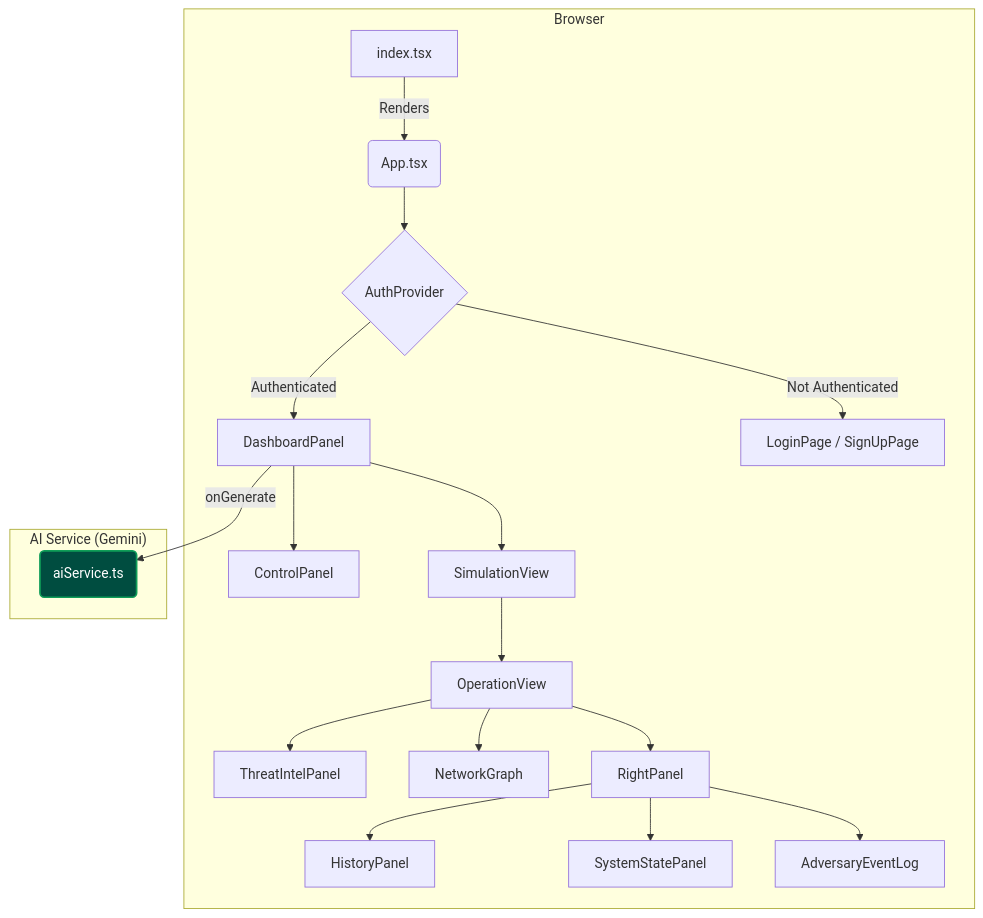
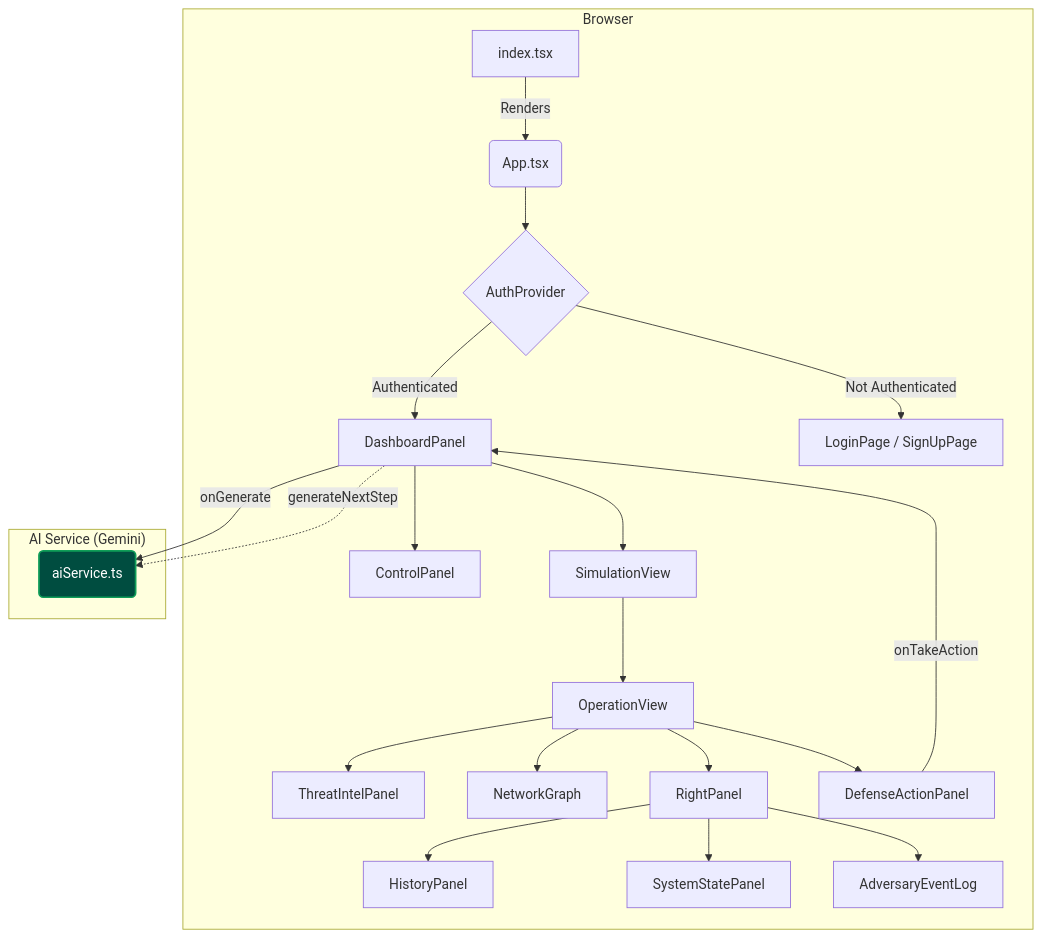
Before and after one commit to ritvikindupuri/AD-AttackSim: the diagram in TECHNICAL_DOCUMENTATION.md, drawn with Mermaid. The commit also changed other lines of this file and 10 other files, not shown here.

````diff
--- a/TECHNICAL_DOCUMENTATION.md
+++ b/TECHNICAL_DOCUMENTATION.md
@@ -17,31 +17,35 @@
 ```mermaid
 graph TD
     subgraph Browser
         A[index.tsx] -->|Renders| B(App.tsx);
         B --> C{AuthProvider};
         C -->|Authenticated| D[DashboardPanel];
         C -->|Not Authenticated| E[LoginPage / SignUpPage];
 
         D --> F[ControlPanel];
         D --> G[SimulationView];
         
         G --> H[OperationView];
 
         H --> I[ThreatIntelPanel];
         H --> J[NetworkGraph];
         H --> K[RightPanel];
+        H --> Z[DefenseActionPanel];
 
         K --> L[HistoryPanel];
         K --> M[SystemStatePanel];
         K --> N[AdversaryEventLog];
         
     end
 
     subgraph "AI Service (Gemini)"
         S(aiService.ts);
     end
 
     D -->|onGenerate| S;
+    Z -->|onTakeAction| D;
+    D -.->|generateNextStep| S;
+
 
     style S fill:#004d40,stroke:#0f9d58,stroke-width:2px,color:#fff
 ```
````
